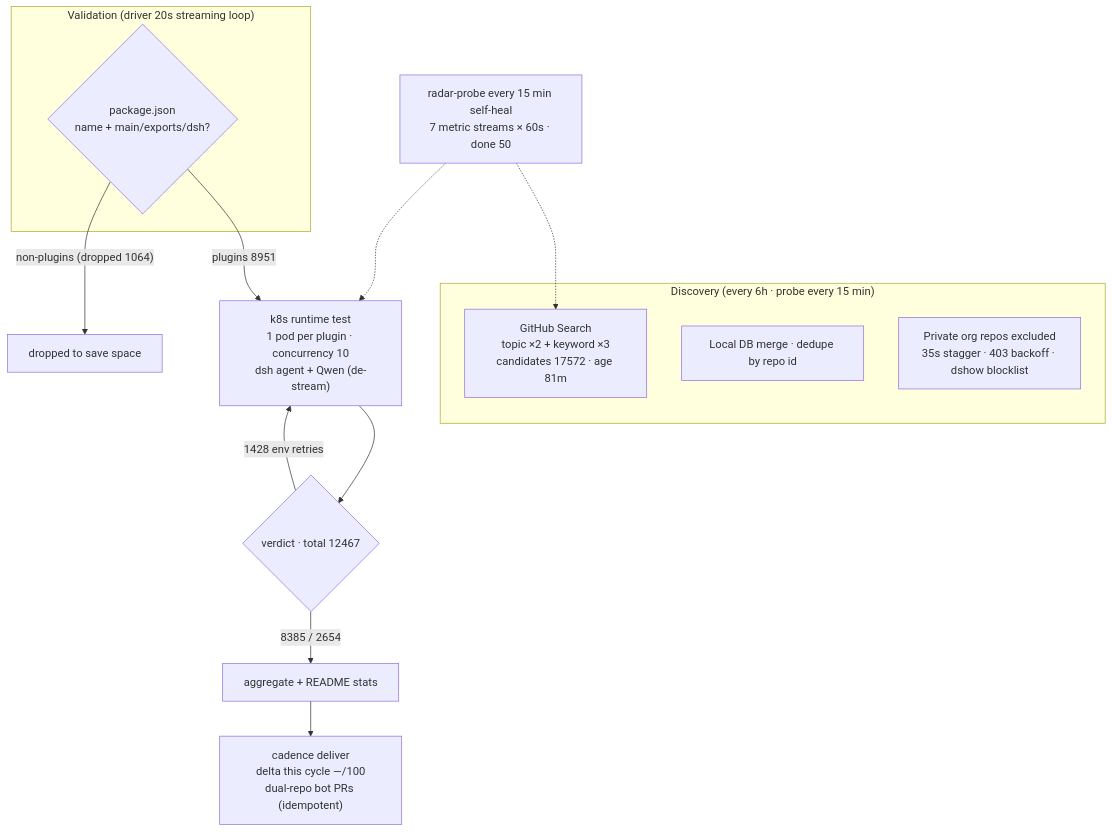
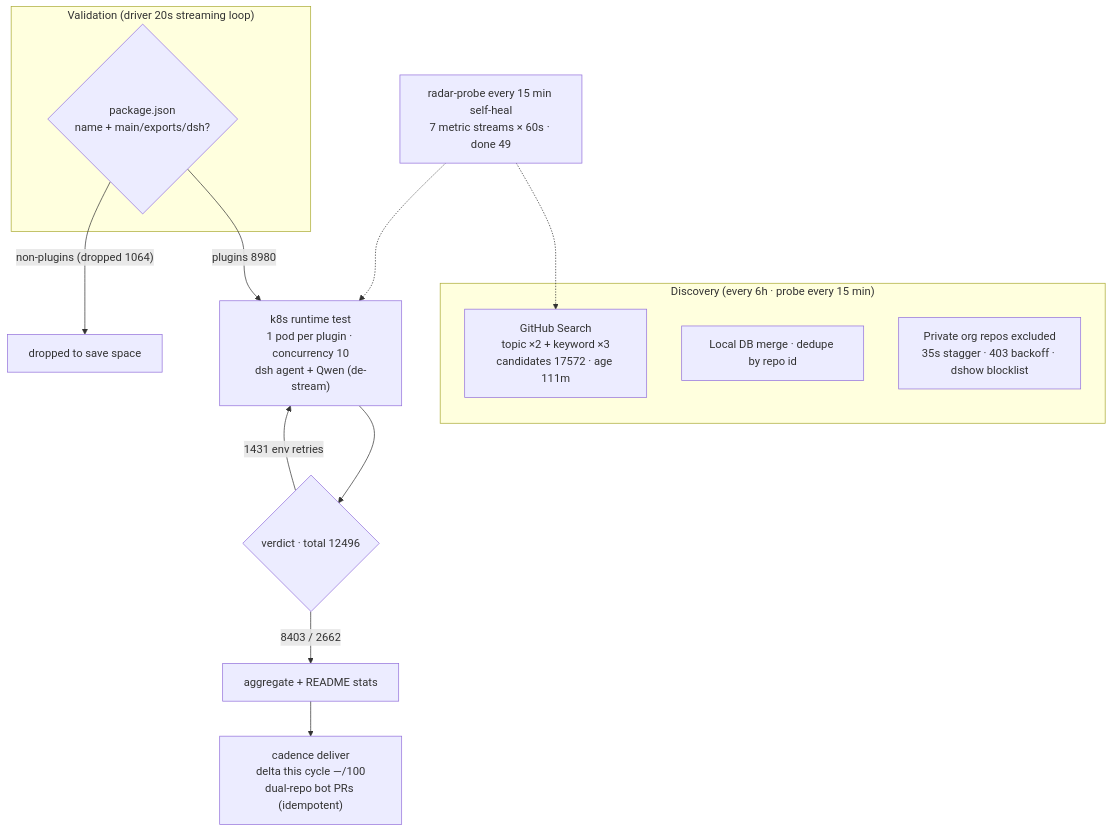
Before and after one commit to AdamPlatin123/awesome-dsh-plugins: the diagram in README.en-US.md, drawn with Mermaid. The commit also changed other lines of this file and 5 other files, not shown here.

````diff
--- a/README.en-US.md
+++ b/README.en-US.md
@@ -45,20 +45,20 @@
 ```mermaid
 flowchart TB
     subgraph Discovery["Discovery (every 6h · probe every 15 min)"]
-        A1["GitHub Search<br/>topic ×2 + keyword ×3<br/>candidates 17572 · age 81m"]
+        A1["GitHub Search<br/>topic ×2 + keyword ×3<br/>candidates 17572 · age 111m"]
         A2["Local DB merge · dedupe by repo id"]
         A3["Private org repos excluded<br/>35s stagger · 403 backoff · dshow blocklist"]
     end
     subgraph Validation["Validation (driver 20s streaming loop)"]
         B1{"package.json<br/>name + main/exports/dsh?"}
     end
-    B1 -->|"plugins 8951"| C1["k8s runtime test<br/>1 pod per plugin · concurrency 10<br/>dsh agent + Qwen (de-stream)"]
+    B1 -->|"plugins 8980"| C1["k8s runtime test<br/>1 pod per plugin · concurrency 10<br/>dsh agent + Qwen (de-stream)"]
     B1 -->|"non-plugins (dropped 1064)"| B3["dropped to save space"]
-    C1 --> D1{"verdict · total 12467"}
-    D1 -->|"8385 / 2654"| E1["aggregate + README stats"]
-    D1 -->|"1428 env retries"| C1
+    C1 --> D1{"verdict · total 12496"}
+    D1 -->|"8403 / 2662"| E1["aggregate + README stats"]
+    D1 -->|"1431 env retries"| C1
     E1 --> E2["cadence deliver<br/>delta this cycle —/100<br/>dual-repo bot PRs (idempotent)"]
-    M["radar-probe every 15 min self-heal<br/>7 metric streams × 60s · done 50"]
+    M["radar-probe every 15 min self-heal<br/>7 metric streams × 60s · done 49"]
     M -.-> A1
     M -.-> C1
 ```
````
